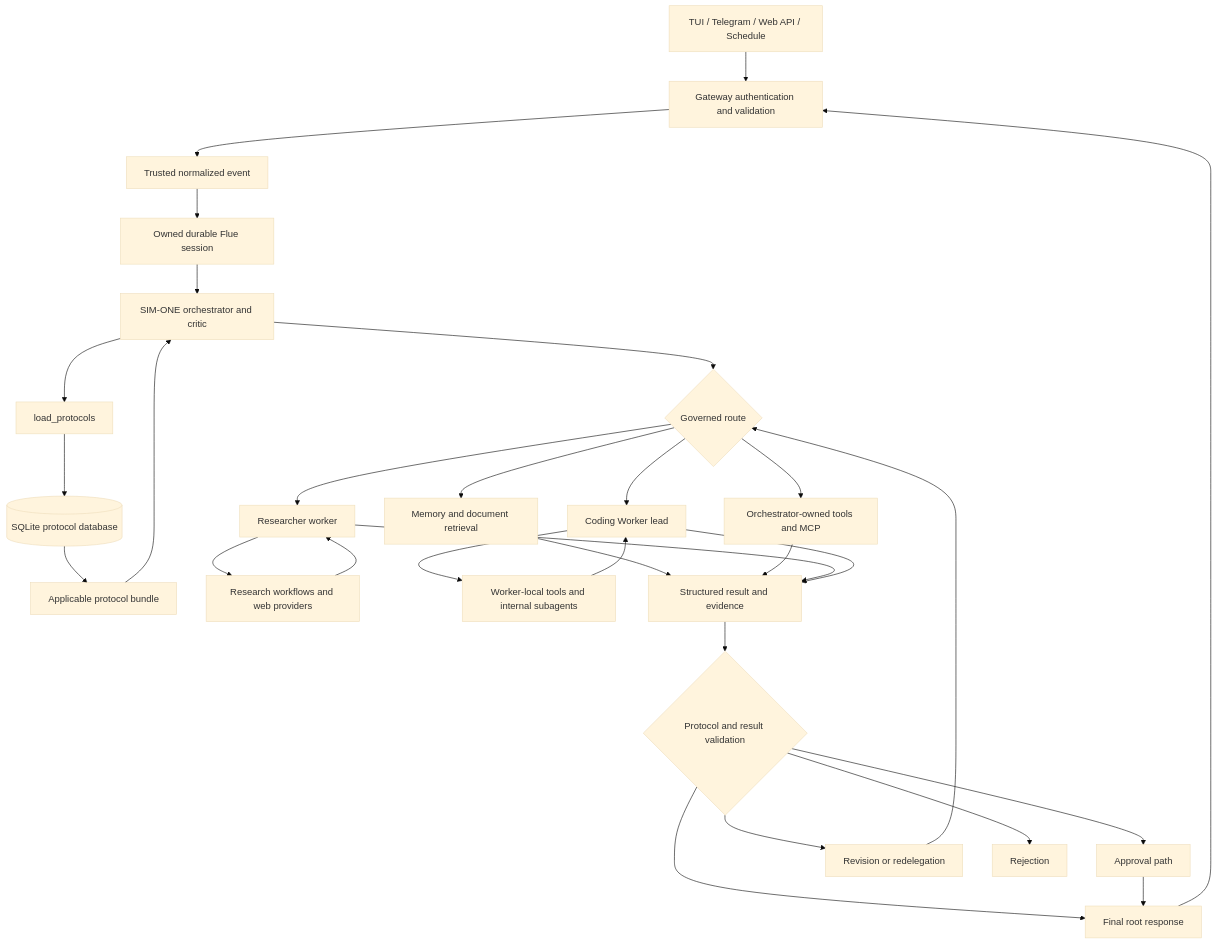
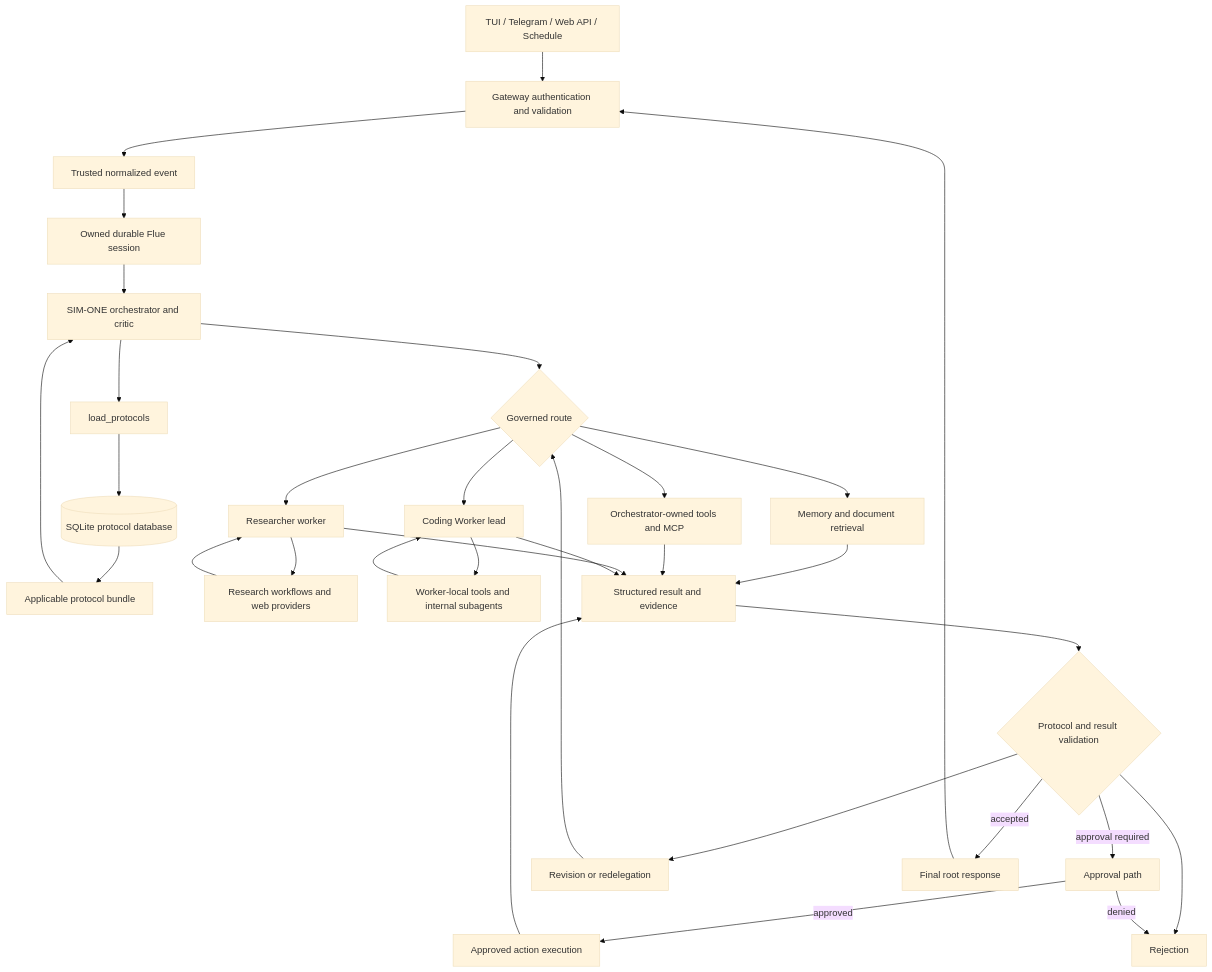
The diagram in docs/architecture/orchestrator-flow.md (dansasser/astro-flue-agent), drawn with Mermaid (base theme) before and after one commit. The commit also changed 13 other files, not shown here.

````diff
--- a/docs/architecture/orchestrator-flow.md
+++ b/docs/architecture/orchestrator-flow.md
@@ -12,54 +12,57 @@
 ```mermaid
 flowchart TD
     Ingress["TUI / Telegram / Web API / Schedule"]
     Gateway["Gateway authentication and validation"]
     Event["Trusted normalized event"]
     Session["Owned durable Flue session"]
     Orchestrator["SIM-ONE orchestrator and critic"]
     ProtocolTool["load_protocols"]
     ProtocolDB[("SQLite protocol database")]
     Bundle["Applicable protocol bundle"]
     Route{"Governed route"}
     Memory["Memory and document retrieval"]
     LocalTools["Orchestrator-owned tools and MCP"]
     Researcher["Researcher worker"]
     Research["Research workflows and web providers"]
     Coding["Coding Worker lead"]
     Internal["Worker-local tools and internal subagents"]
     Result["Structured result and evidence"]
     Critic{"Protocol and result validation"}
     Approval["Approval path"]
+    ApprovedAction["Approved action execution"]
     Revision["Revision or redelegation"]
     Rejection["Rejection"]
     Response["Final root response"]
 
     Ingress --> Gateway
     Gateway --> Event
     Event --> Session
     Session --> Orchestrator
     Orchestrator --> ProtocolTool
     ProtocolTool --> ProtocolDB
     ProtocolDB --> Bundle
     Bundle --> Orchestrator
     Orchestrator --> Route
     Route --> Memory
     Route --> LocalTools
     Route --> Researcher
     Researcher --> Research
     Route --> Coding
     Coding --> Internal
     Memory --> Result
     LocalTools --> Result
     Research --> Researcher
     Researcher --> Result
     Internal --> Coding
     Coding --> Result
     Result --> Critic
-    Critic --> Approval
+    Critic -->|approval required| Approval
     Critic --> Revision
     Revision --> Route
     Critic --> Rejection
-    Critic --> Response
-    Approval --> Response
+    Critic -->|accepted| Response
+    Approval -->|approved| ApprovedAction
+    ApprovedAction --> Result
+    Approval -->|denied| Rejection
     Response --> Gateway
 ```
````
